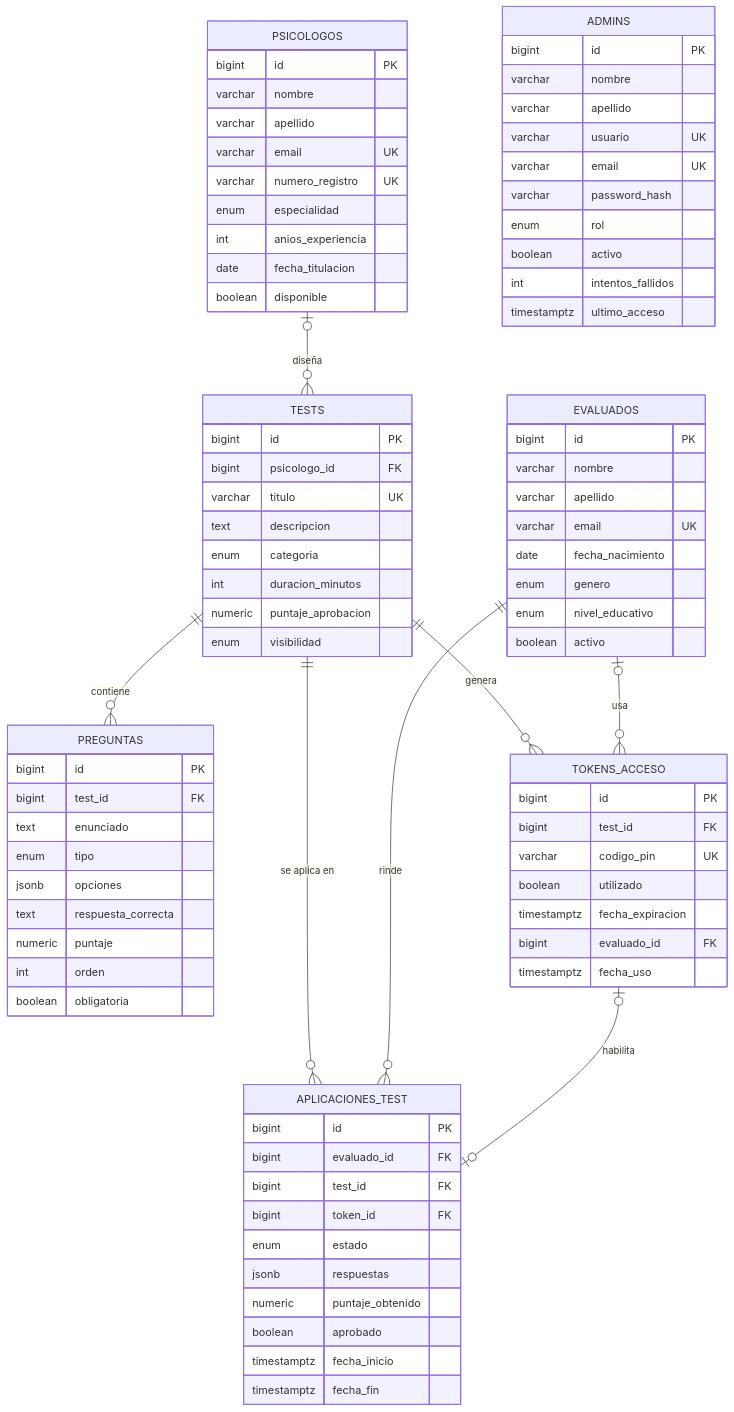
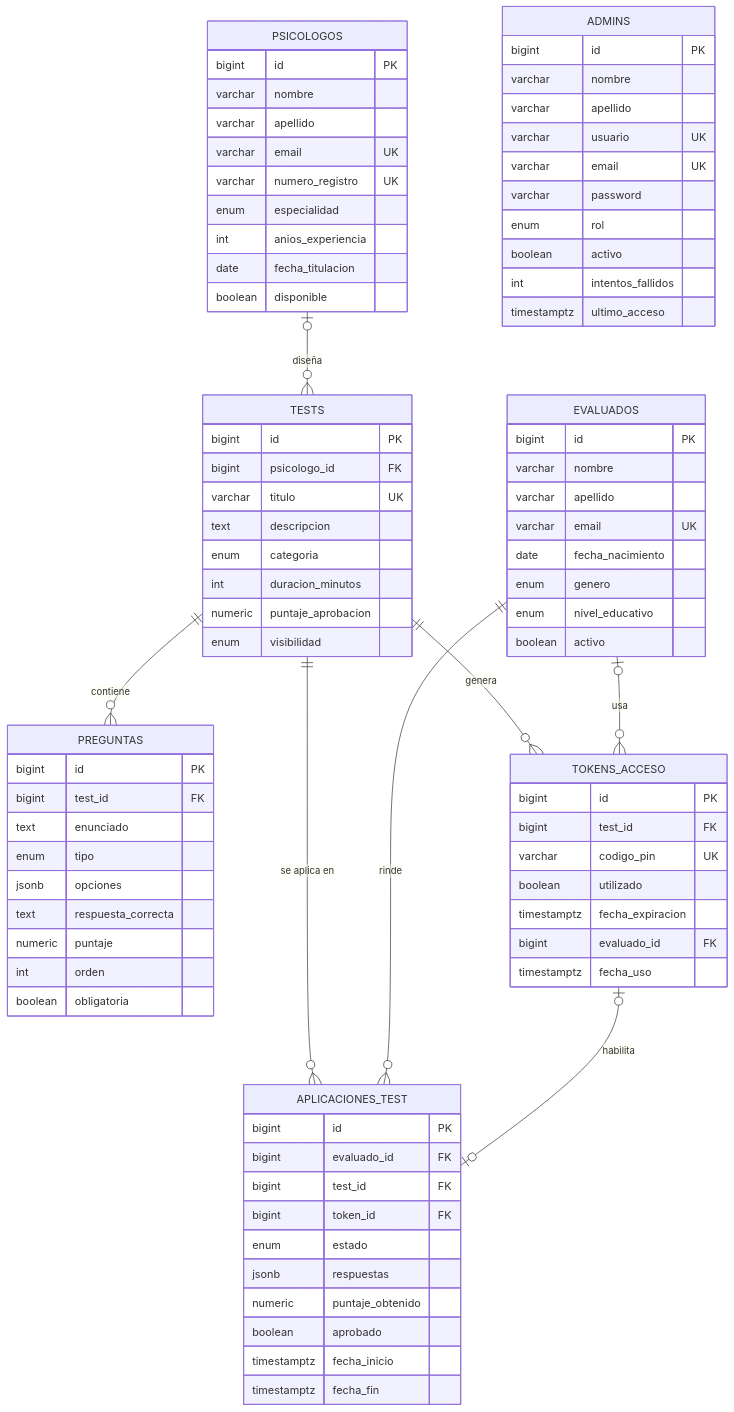
The diagram in README.md (bairoz/taller-2ServiciosWeb), drawn with Mermaid before and after one commit. The commit also changed other lines of this file and 2 other files, not shown here.

Commit message:
Cambiar password_hash por password en admins para el taller

```diff
--- a/README.md
+++ b/README.md
@@ -120,7 +120,7 @@
         varchar apellido
         varchar usuario UK
         varchar email UK
-        varchar password_hash
+        varchar password
         enum rol
         boolean activo
         int intentos_fallidos
```
